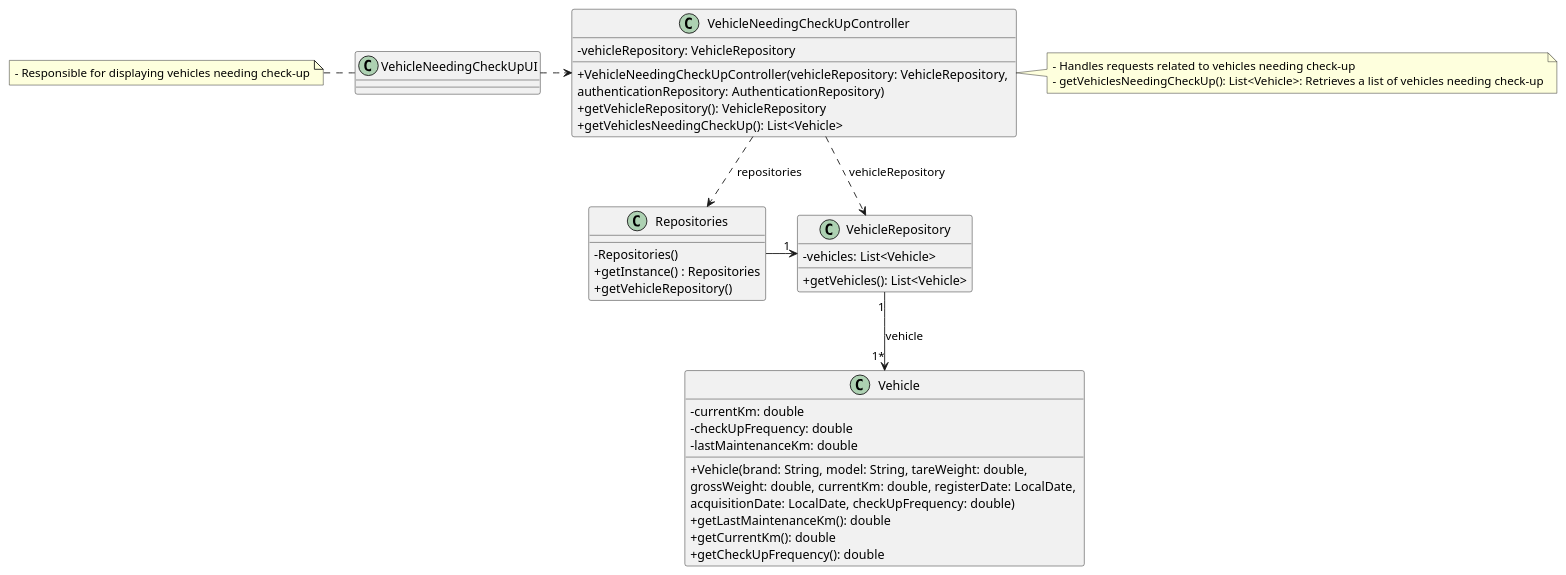
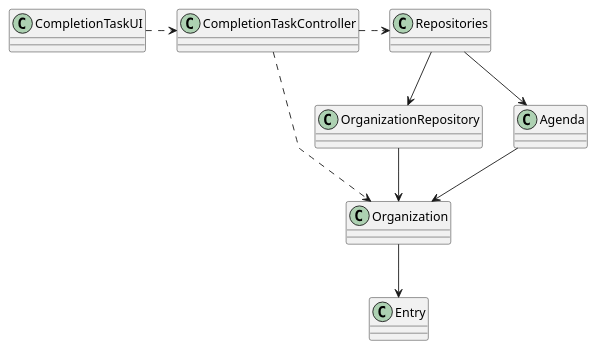
One commit to Departamento-de-Engenharia-Informatica/lei-24-s2-1df-1de-g063 changed the diagram in docs/SprintC/us29/03.design/puml/us029-class-diagram.puml. Above: the diagram before and after it, drawn with PlantUML. The commit also changed 1 other file, not shown here.

Commit message:
class diagram atualizado us27/28/29

```diff
--- a/docs/SprintC/us29/03.design/puml/us029-class-diagram.puml
+++ b/docs/SprintC/us29/03.design/puml/us029-class-diagram.puml
@@ -1,59 +1,49 @@
 @startuml
 'skinparam monochrome true
 skinparam packageStyle rectangle
 skinparam shadowing false
 skinparam linetype polyline
 'skinparam linetype orto
 
 skinparam classAttributeIconSize 0
 
 'left to right direction
 
-class VehicleNeedingCheckUpUI{
+class CompletionTaskUI{
 
 }
 
-note left of VehicleNeedingCheckUpUI
-    - Responsible for displaying vehicles needing check-up
-end note
+class CompletionTaskController{
 
-class VehicleNeedingCheckUpController{
-    -vehicleRepository: VehicleRepository
-    +VehicleNeedingCheckUpController(vehicleRepository: VehicleRepository, \nauthenticationRepository: AuthenticationRepository)
-    +getVehicleRepository(): VehicleRepository
-    +getVehiclesNeedingCheckUp(): List<Vehicle>
 }
 
-note right of VehicleNeedingCheckUpController
-    - Handles requests related to vehicles needing check-up
-    - getVehiclesNeedingCheckUp(): List<Vehicle>: Retrieves a list of vehicles needing check-up
-end note
+class Organization{
+
+}
+
+class OrganizationRepository{
+
+}
+
+class Agenda{
+
+}
 
 class Repositories{
-    - Repositories()
-    + getInstance() : Repositories
-    + getVehicleRepository()
+
 }
 
-class VehicleRepository{
-    -vehicles: List<Vehicle>
-    +getVehicles(): List<Vehicle>
+class Entry{
+
 }
 
-class Vehicle{
-    -currentKm: double
-    -checkUpFrequency: double
-    -lastMaintenanceKm: double
-    +Vehicle(brand: String, model: String, tareWeight: double, \ngrossWeight: double, currentKm: double, registerDate: LocalDate, \nacquisitionDate: LocalDate, checkUpFrequency: double)
-    +getLastMaintenanceKm(): double
-    +getCurrentKm(): double
-    +getCheckUpFrequency(): double
-}
-
-VehicleNeedingCheckUpUI .> VehicleNeedingCheckUpController
-VehicleNeedingCheckUpController ..> Repositories : repositories
-Repositories -> "1" VehicleRepository
-VehicleNeedingCheckUpController ..> VehicleRepository : vehicleRepository
-VehicleRepository "1" --> "1*" Vehicle : vehicle
+CompletionTaskUI .> CompletionTaskController
+CompletionTaskController ..> Organization
+CompletionTaskController .> Repositories
+Repositories --> OrganizationRepository
+Repositories --> Agenda
+OrganizationRepository --> Organization
+Agenda --> Organization
+Organization --> Entry
 
 @enduml
```
